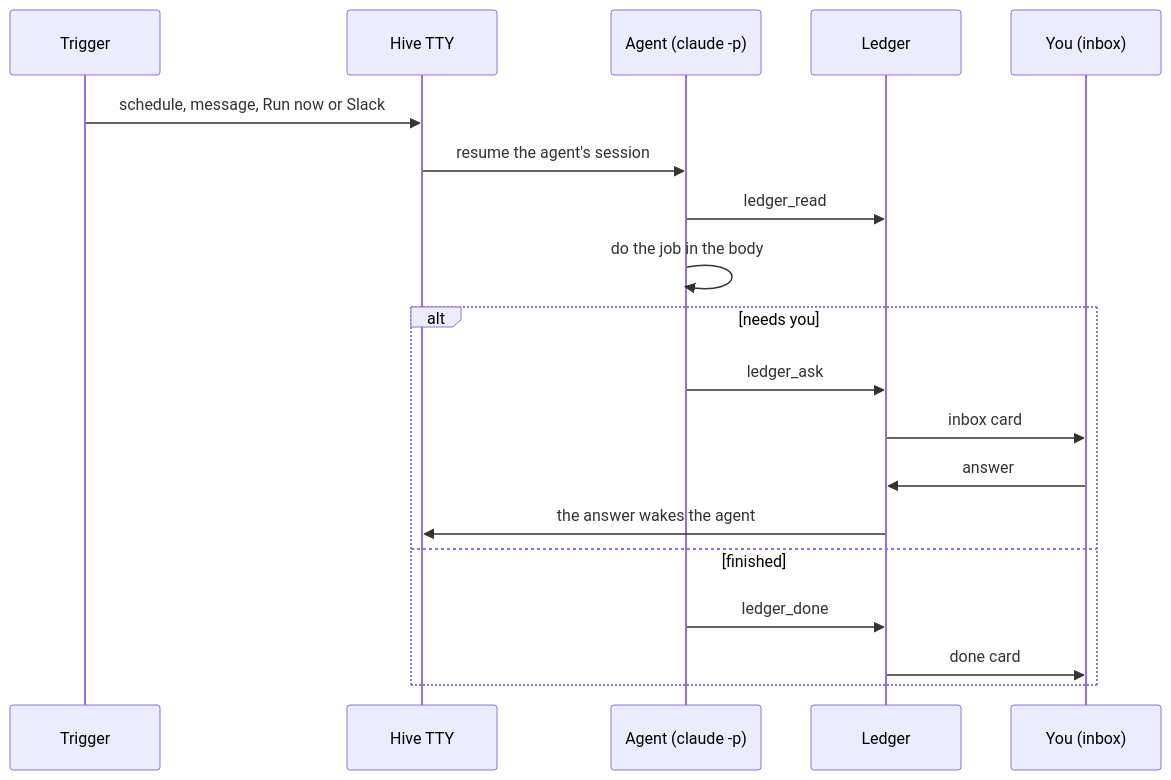
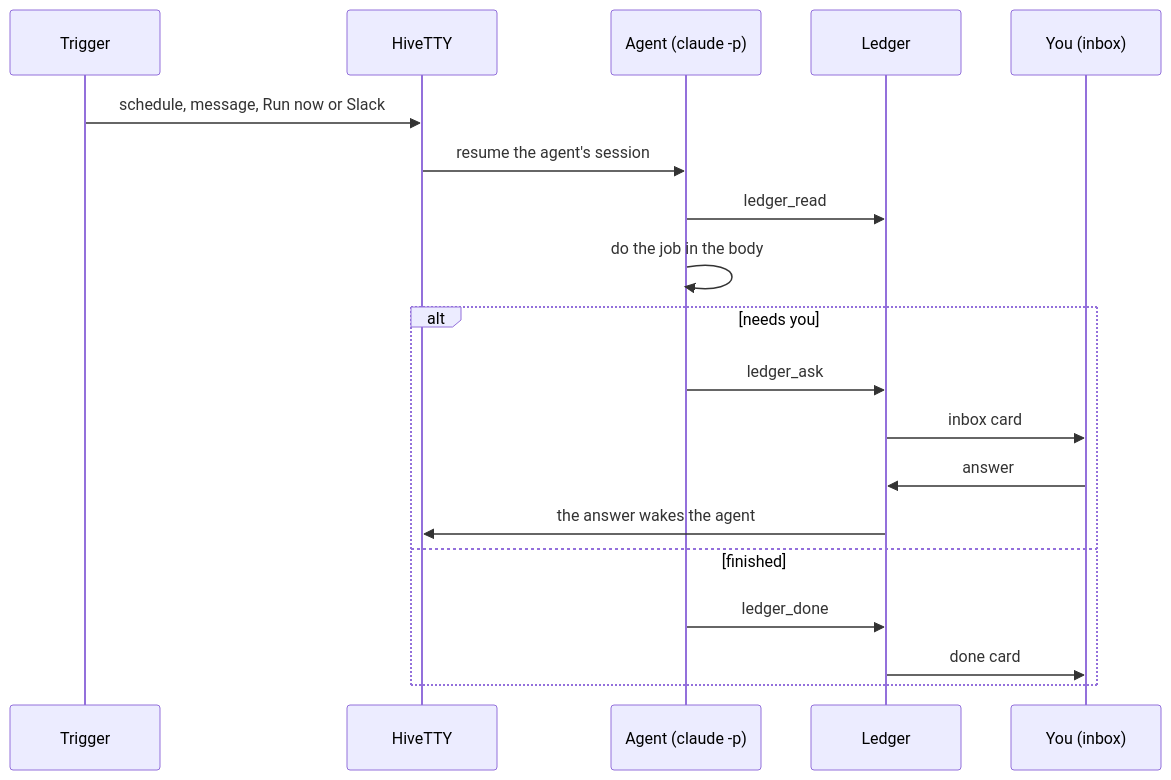
One commit to behiques/hivetty changed the diagram in docs/assets/diagrams/agent-wake.mmd. Above: the diagram before and after it, drawn with Mermaid. The commit also changed 280 other files, not shown here.

First line of the commit message:
HIVE-242: rename the fork to HiveTTY (#119)

```diff
--- a/docs/assets/diagrams/agent-wake.mmd
+++ b/docs/assets/diagrams/agent-wake.mmd
@@ -1,19 +1,19 @@
 sequenceDiagram
   participant T as Trigger
-  participant H as Hive TTY
+  participant H as HiveTTY
   participant A as Agent (claude -p)
   participant L as Ledger
   participant U as You (inbox)
   T->>H: schedule, message, Run now or Slack
   H->>A: resume the agent's session
   A->>L: ledger_read
   A->>A: do the job in the body
   alt needs you
     A->>L: ledger_ask
     L->>U: inbox card
     U->>L: answer
     L->>H: the answer wakes the agent
   else finished
     A->>L: ledger_done
     L->>U: done card
   end
```
